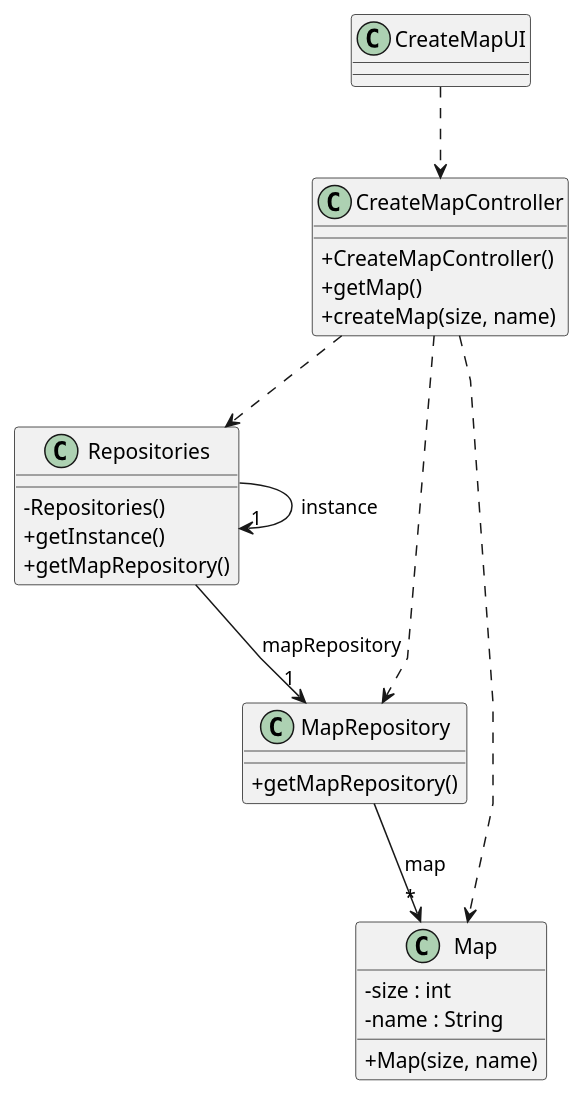
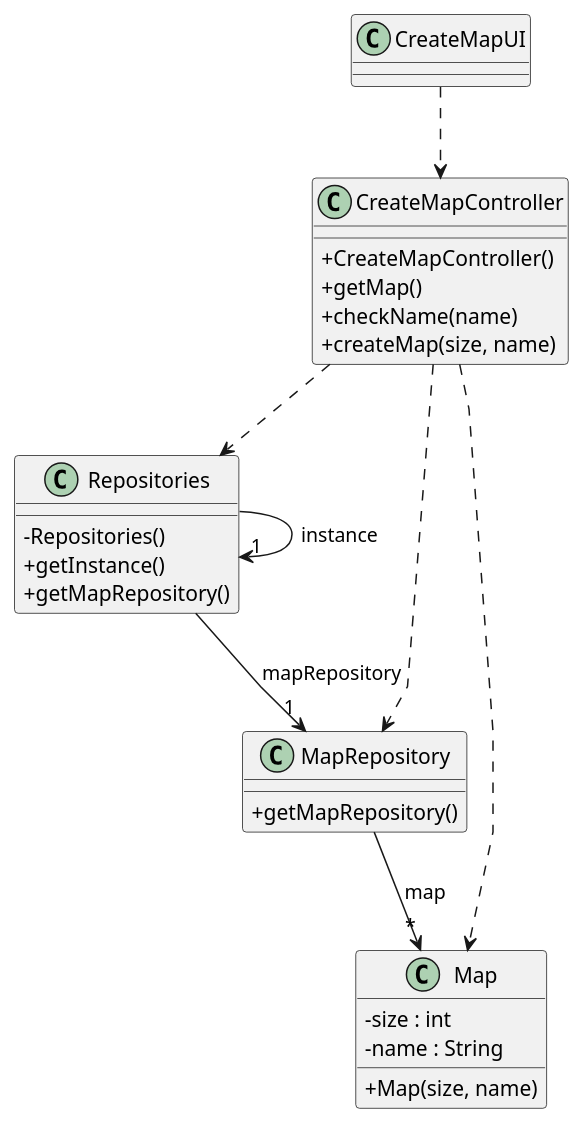
One commit to 1240935/pi2-railway-simulator changed the diagram in Sprint2/US001/03.design/puml/US001-CD.puml. Above: the diagram before and after it, drawn with PlantUML. The commit also changed 15 other files, not shown here.

```diff
--- a/Sprint2/US001/03.design/puml/US001-CD.puml
+++ b/Sprint2/US001/03.design/puml/US001-CD.puml
@@ -1,49 +1,50 @@
 @startuml
 'skinparam monochrome true
 skinparam packageStyle rectangle
 skinparam shadowing false
 skinparam linetype polyline
 'skinparam linetype orto
 
 skinparam classAttributeIconSize 0
 
 'left to right direction
 
 
 class CreateMapUI {
 
 }
 
 class CreateMapController {
   +CreateMapController()
   +getMap()
+  +checkName(name)
   +createMap(size, name)
 }
 
 class MapRepository {
    +getMapRepository()
 }
 
 class Repositories {
     - Repositories()
     + getInstance()
     + getMapRepository()
 }
 
 class Map {
   - size : int
   - name : String
   + Map(size, name)
 
 }
 
 CreateMapUI ..> CreateMapController
 CreateMapController ..> Repositories
 CreateMapController ..> MapRepository
 CreateMapController ..> Map
 MapRepository --> "*" Map : map
 Repositories --> "1" MapRepository : mapRepository
 Repositories -> "1" Repositories : instance
 
 
 @enduml
```
